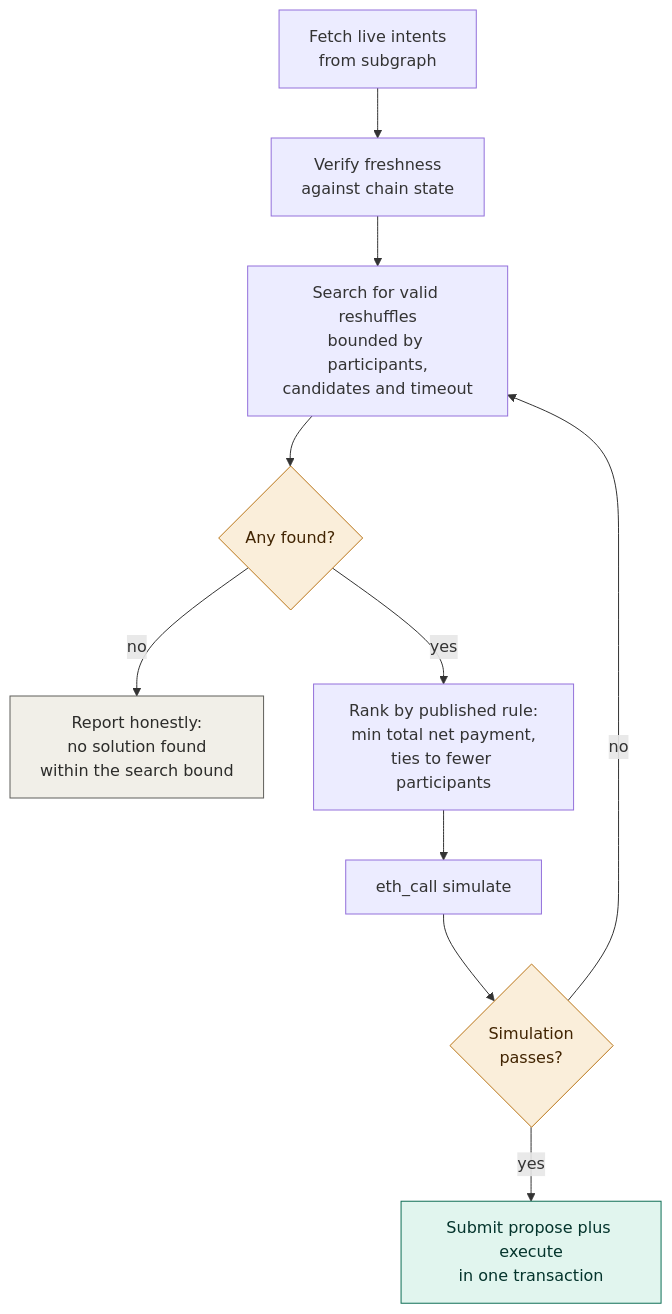
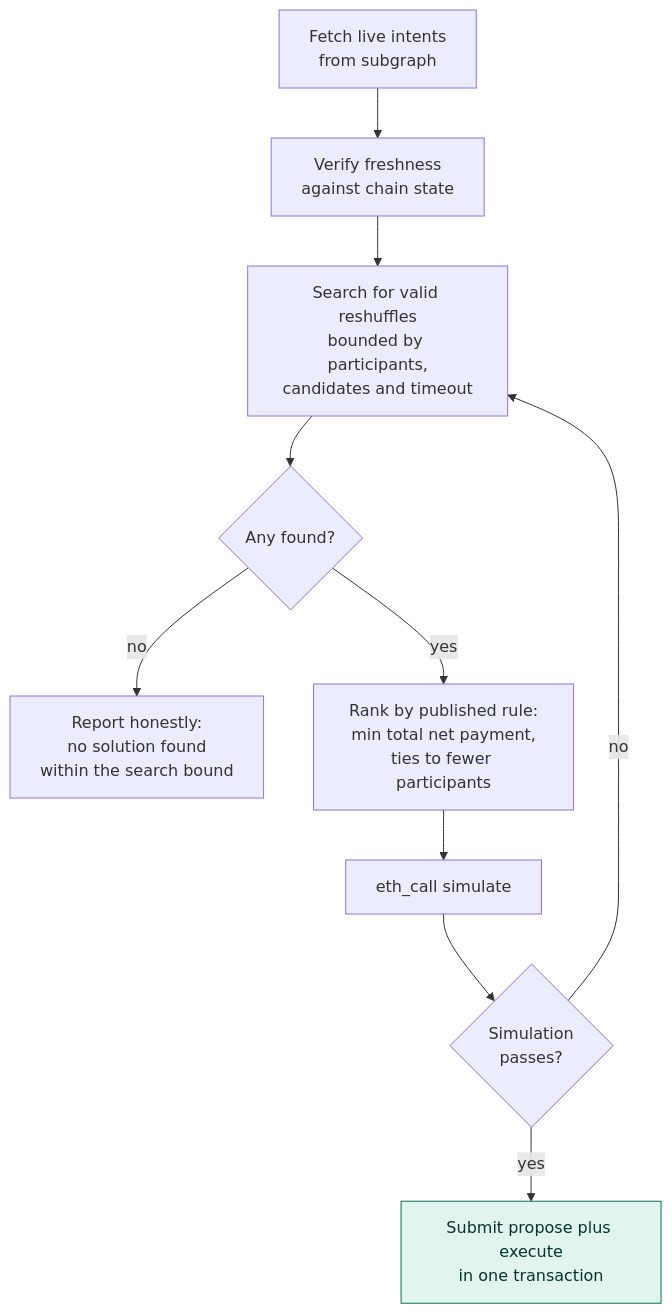
One commit to angelphoon7/online2026 changed the ninth of 26 diagrams in README.md. Above: the diagram before and after it, drawn with Mermaid. The commit also changed other lines of this file, not shown here.

````diff
--- a/README.md
+++ b/README.md
@@ -254,17 +219,15 @@
 ```mermaid
 flowchart TD
     A["Fetch live intents<br/>from subgraph"] --> B["Verify freshness<br/>against chain state"]
     B --> C["Search for valid reshuffles<br/>bounded by participants,<br/>candidates and timeout"]
     C --> D{"Any found?"}
     D -->|"no"| E["Report honestly:<br/>no solution found<br/>within the search bound"]
     D -->|"yes"| F["Rank by published rule:<br/>min total net payment,<br/>ties to fewer participants"]
     F --> G["eth_call simulate"]
     G --> H{"Simulation<br/>passes?"}
     H -->|"no"| C
     H -->|"yes"| I["Submit propose plus execute<br/>in one transaction"]
 
-    style D fill:#FAEEDA,stroke:#BA7517,color:#412402
-    style H fill:#FAEEDA,stroke:#BA7517,color:#412402
-    style E fill:#F1EFE8,stroke:#5F5E5A,color:#2C2C2A
-    style I fill:#E1F5EE,stroke:#0F6E56,color:#04342C
+    classDef ok fill:#E1F5EE,stroke:#0F6E56,stroke-width:1px,color:#04342C
+    class I ok
 ```
````
